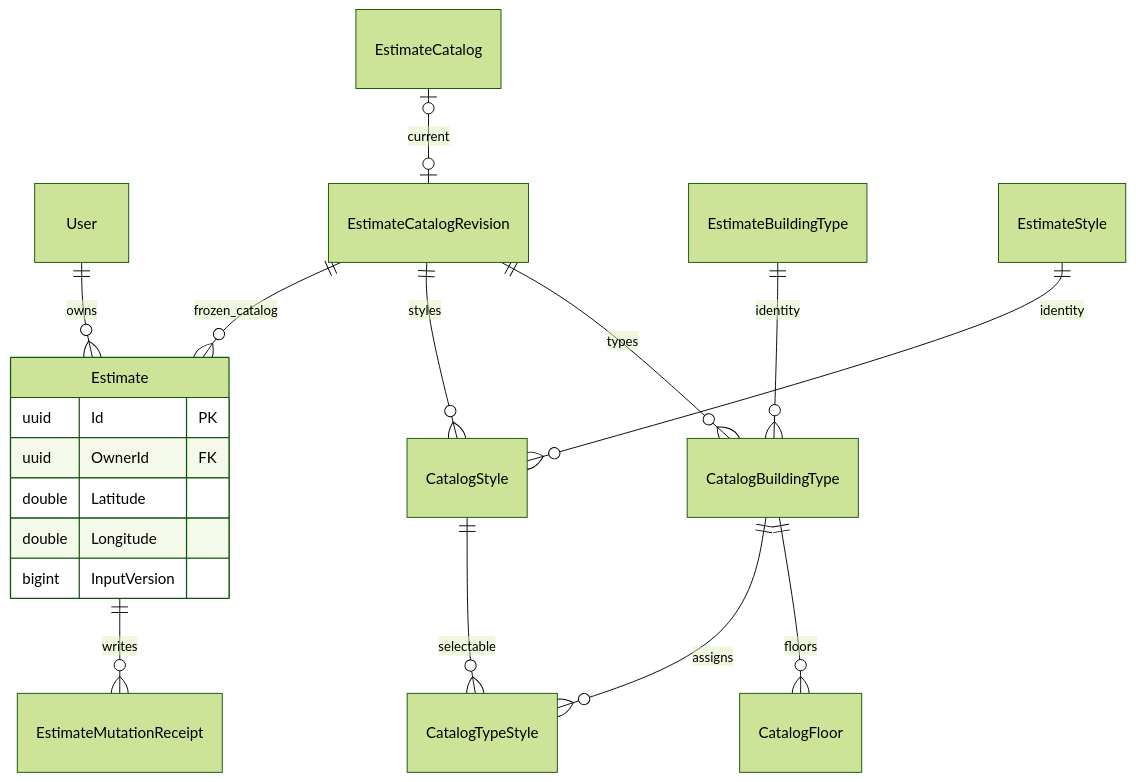
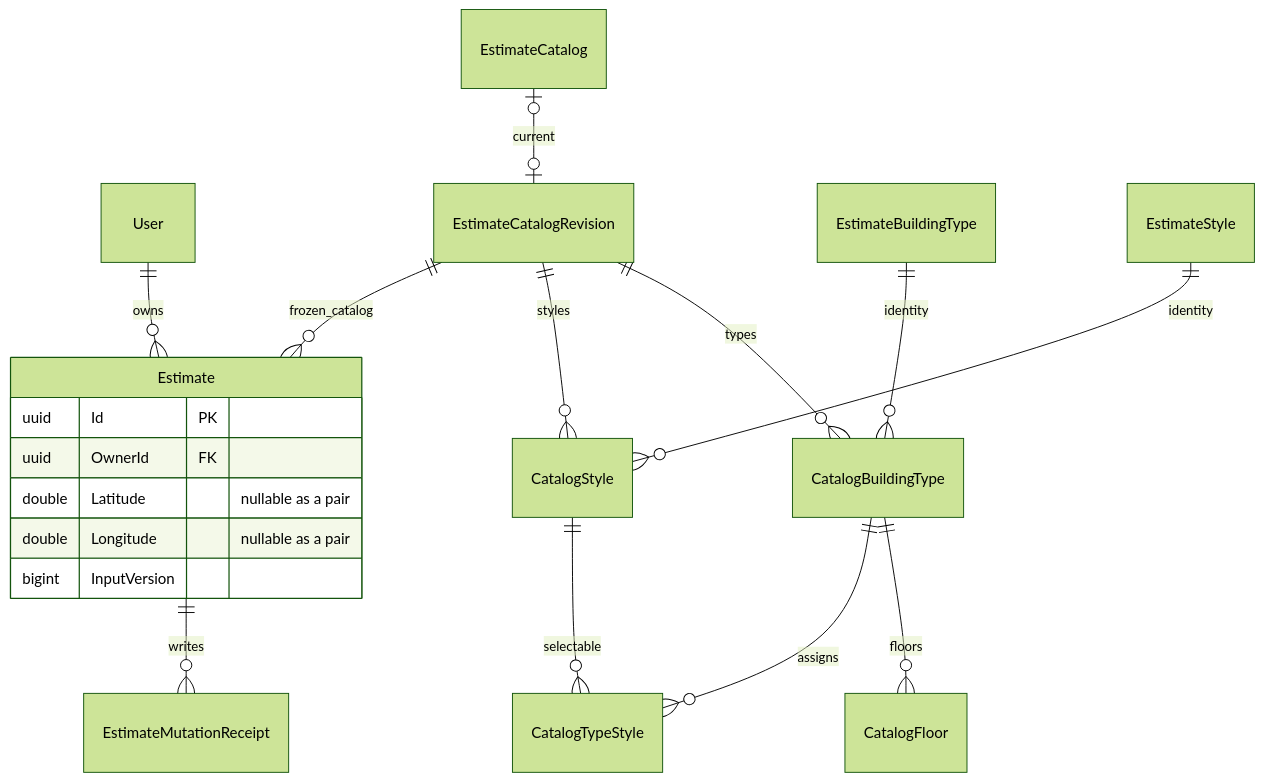
The sixth of 6 diagrams in tdd/TDD-PROJ-001.md (TaskCoper/bmt-documentation), drawn with Mermaid (forest theme) before and after one commit. The commit also changed other lines of this file and 15 other files, not shown here.

````diff
--- a/tdd/TDD-PROJ-001.md
+++ b/tdd/TDD-PROJ-001.md
@@ -386,21 +391,21 @@
 ```mermaid
 erDiagram
     User ||--o{ Estimate : owns
     EstimateCatalog o|--o| EstimateCatalogRevision : current
     EstimateCatalogRevision ||--o{ CatalogBuildingType : types
     EstimateCatalogRevision ||--o{ CatalogStyle : styles
     EstimateBuildingType ||--o{ CatalogBuildingType : identity
     EstimateStyle ||--o{ CatalogStyle : identity
     CatalogBuildingType ||--o{ CatalogFloor : floors
     CatalogBuildingType ||--o{ CatalogTypeStyle : assigns
     CatalogStyle ||--o{ CatalogTypeStyle : selectable
     EstimateCatalogRevision ||--o{ Estimate : frozen_catalog
     Estimate ||--o{ EstimateMutationReceipt : writes
     Estimate {
         uuid Id PK
         uuid OwnerId FK
-        double Latitude
-        double Longitude
+        double Latitude "nullable as a pair"
+        double Longitude "nullable as a pair"
         bigint InputVersion
     }
 ```
````
